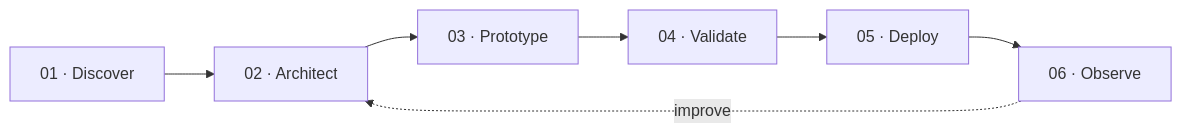
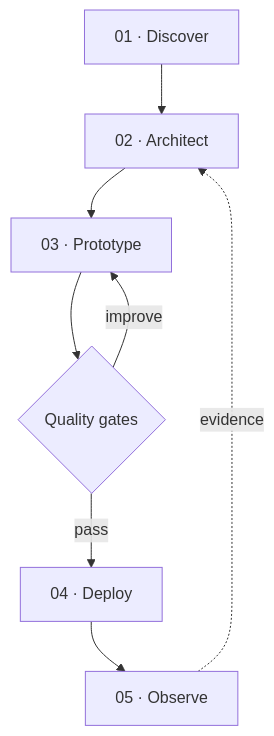
Before and after one commit to rabiyajeh/rabiyajeh: the fourth of 4 diagrams in README.md, drawn with Mermaid. The commit also changed other lines of this file, not shown here.

````diff
--- a/README.md
+++ b/README.md
@@ -513,9 +753,10 @@
 ```mermaid
-flowchart LR
+flowchart TB
     A["01 · Discover"] --> B["02 · Architect"]
     B --> C["03 · Prototype"]
-    C --> D["04 · Validate"]
-    D --> E["05 · Deploy"]
-    E --> F["06 · Observe"]
-    F -. improve .-> B
+    C --> D{"Quality gates"}
+    D -->|pass| E["04 · Deploy"]
+    D -->|improve| C
+    E --> F["05 · Observe"]
+    F -. evidence .-> B
 ```
````
